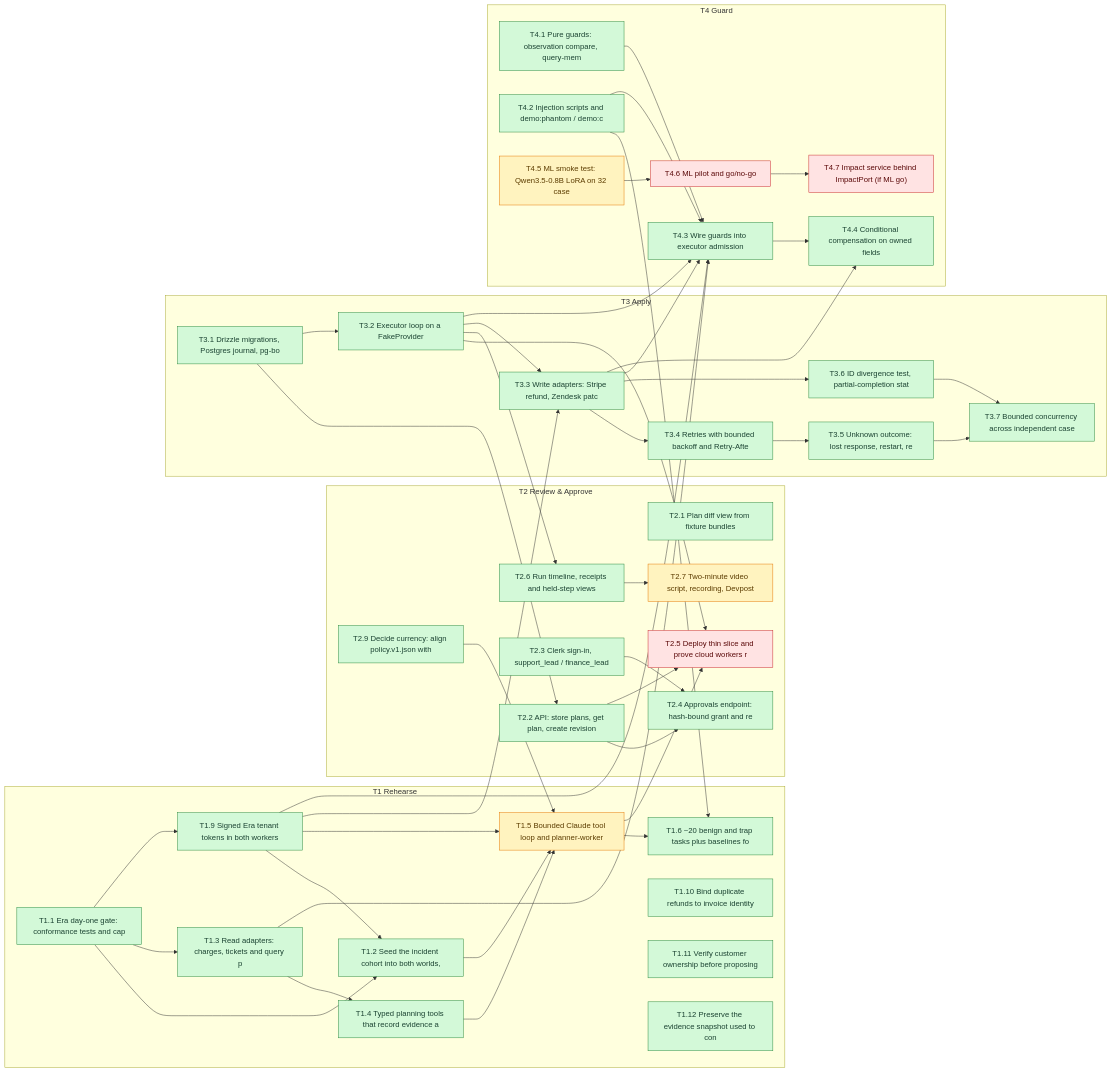
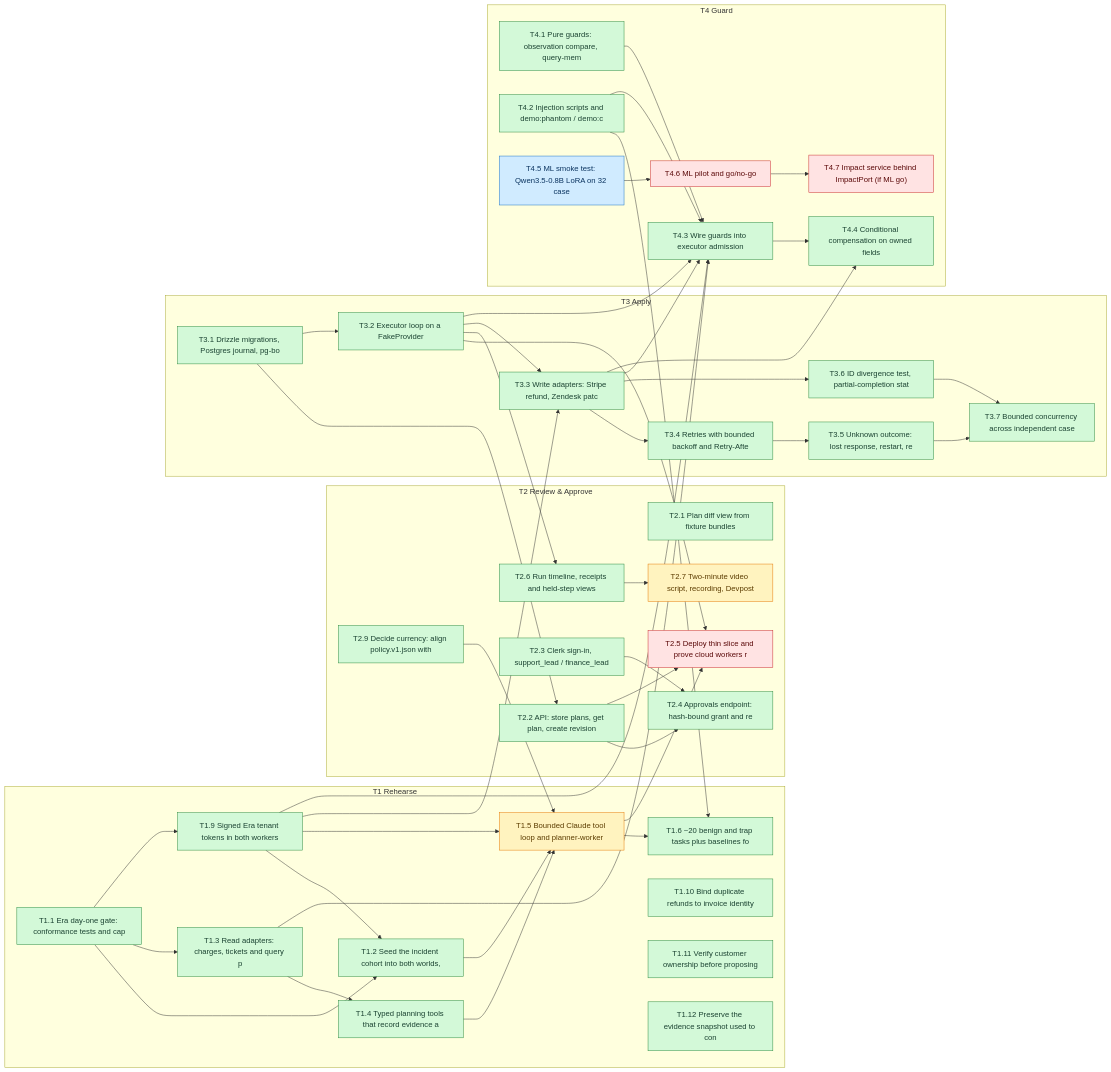
Before and after one commit to SoroushRF/Rehearsal: the diagram in BLOCKERS.md, drawn with Mermaid. The commit also changed other lines of this file, not shown here.

```diff
--- a/BLOCKERS.md
+++ b/BLOCKERS.md
@@ -124,7 +124,7 @@
     T4_2["T4.2 Injection scripts and demo:phantom / demo:c"]:::done
     T4_3["T4.3 Wire guards into executor admission"]:::done
     T4_4["T4.4 Conditional compensation on owned fields"]:::done
-    T4_5["T4.5 ML smoke test: Qwen3.5-0.8B LoRA on 32 case"]:::ready
+    T4_5["T4.5 ML smoke test: Qwen3.5-0.8B LoRA on 32 case"]:::review
     T4_6["T4.6 ML pilot and go/no-go"]:::blocked
     T4_7["T4.7 Impact service behind ImpactPort (if ML go)"]:::blocked
   end
```
